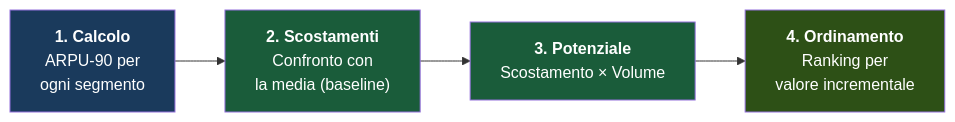
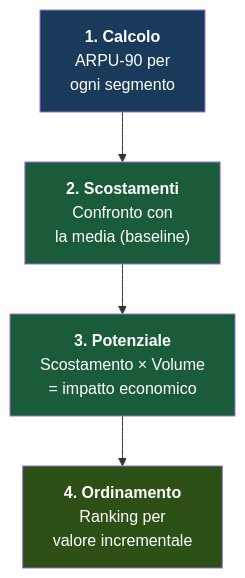
One commit to AndreyBertasini/gynnitech changed the ninth of 12 diagrams in src/content/corso/analisi-prodotto/analisi-coorte.mdx. Above: the diagram before and after it, drawn with Mermaid. The commit also changed other lines of this file, not shown here.

First line of the commit message:
fix: convert graph LR to graph TD in analisi-coorte to prevent text truncation

````diff
--- a/src/content/corso/analisi-prodotto/analisi-coorte.mdx
+++ b/src/content/corso/analisi-prodotto/analisi-coorte.mdx
@@ -296,10 +296,10 @@
 ```mermaid
-graph LR
+graph TD
     S1["<b>1. Calcolo</b><br/>ARPU-90 per<br/>ogni segmento"] --> S2["<b>2. Scostamenti</b><br/>Confronto con<br/>la media (baseline)"]
-    S2 --> S3["<b>3. Potenziale</b><br/>Scostamento × Volume<br/≥ impatto economico"]
+    S2 --> S3["<b>3. Potenziale</b><br/>Scostamento × Volume<br/>= impatto economico"]
     S3 --> S4["<b>4. Ordinamento</b><br/>Ranking per<br/>valore incrementale"]
     style S1 fill:#1a3a5c,color:#ffffff
     style S2 fill:#1a5c3a,color:#ffffff
     style S3 fill:#1a5c3a,color:#ffffff
     style S4 fill:#2d5016,color:#ffffff
 ```
````
